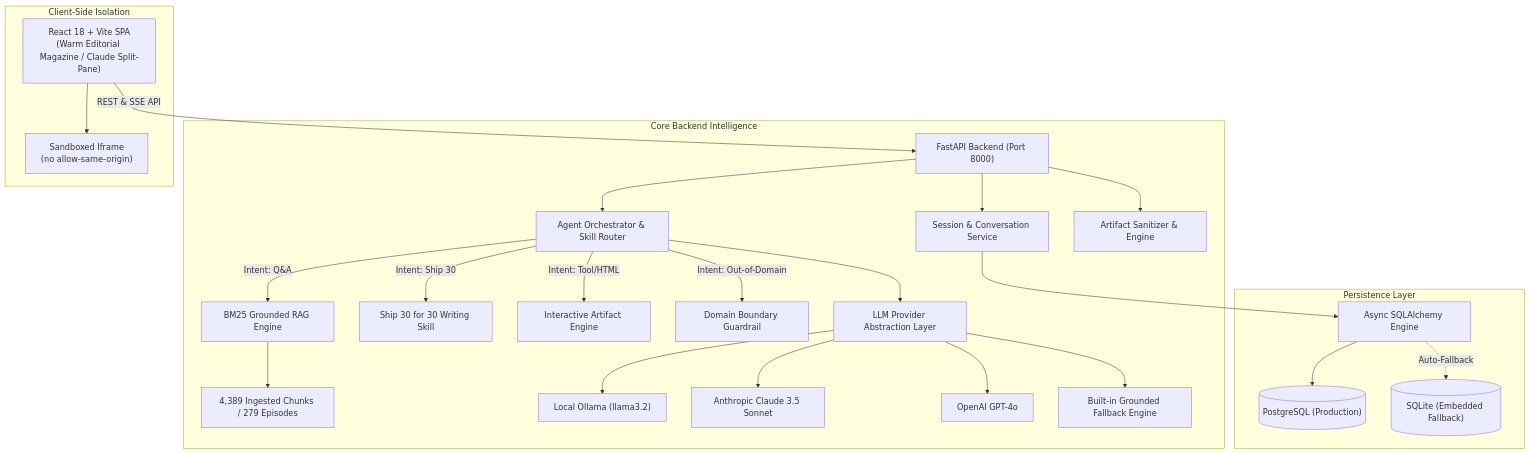
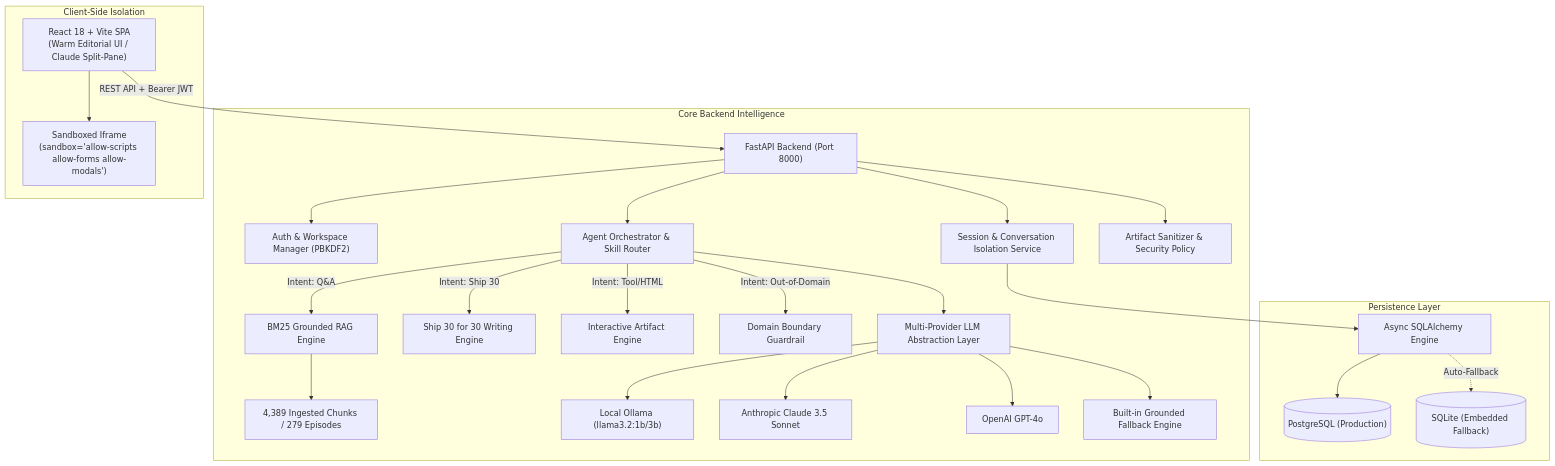
Before and after one commit to nikki-nooka/OOGWAY: the diagram in README.md, drawn with Mermaid. The commit also changed other lines of this file, not shown here.

````diff
--- a/README.md
+++ b/README.md
@@ -33,36 +33,37 @@
 ```mermaid
 graph TD
-    Client["React 18 + Vite SPA<br/>(Warm Editorial Magazine / Claude Split-Pane)"]
+    Client["React 18 + Vite SPA<br/>(Warm Editorial UI / Claude Split-Pane)"]
     FastAPI["FastAPI Backend (Port 8000)"]
     
-    Client -->|REST & SSE API| FastAPI
+    Client -->|REST API + Bearer JWT| FastAPI
     
     subgraph "Core Backend Intelligence"
-        FastAPI --> SessionMgr["Session & Conversation Service"]
+        FastAPI --> AuthMgr["Auth & Workspace Manager (PBKDF2)"]
+        FastAPI --> SessionMgr["Session & Conversation Isolation Service"]
         FastAPI --> AgentRouter["Agent Orchestrator & Skill Router"]
-        FastAPI --> ArtifactService["Artifact Sanitizer & Engine"]
+        FastAPI --> ArtifactService["Artifact Sanitizer & Security Policy"]
         
         AgentRouter -->|Intent: Q&A| GroundedRAG["BM25 Grounded RAG Engine"]
-        AgentRouter -->|Intent: Ship 30| Ship30Skill["Ship 30 for 30 Writing Skill"]
+        AgentRouter -->|Intent: Ship 30| Ship30Skill["Ship 30 for 30 Writing Engine"]
         AgentRouter -->|Intent: Tool/HTML| ArtifactGen["Interactive Artifact Engine"]
         AgentRouter -->|Intent: Out-of-Domain| Guardrail["Domain Boundary Guardrail"]
         
         GroundedRAG --> KnowledgeIndex["4,389 Ingested Chunks / 279 Episodes"]
         
-        AgentRouter --> LLMFactory["LLM Provider Abstraction Layer"]
-        LLMFactory --> Ollama["Local Ollama (llama3.2)"]
+        AgentRouter --> LLMFactory["Multi-Provider LLM Abstraction Layer"]
+        LLMFactory --> Ollama["Local Ollama (llama3.2:1b/3b)"]
         LLMFactory --> Claude["Anthropic Claude 3.5 Sonnet"]
         LLMFactory --> OpenAI["OpenAI GPT-4o"]
         LLMFactory --> MockEngine["Built-in Grounded Fallback Engine"]
     end
 
     subgraph "Persistence Layer"
         SessionMgr --> DB["Async SQLAlchemy Engine"]
         DB --> Postgres[("PostgreSQL (Production)")]
         DB -.->|Auto-Fallback| SQLite[("SQLite (Embedded Fallback)")]
     end
 
     subgraph "Client-Side Isolation"
-        Client --> SandboxedIframe["Sandboxed Iframe<br/>(no allow-same-origin)"]
+        Client --> SandboxedIframe["Sandboxed Iframe<br/>(sandbox='allow-scripts allow-forms allow-modals')"]
     end
 ```
````
